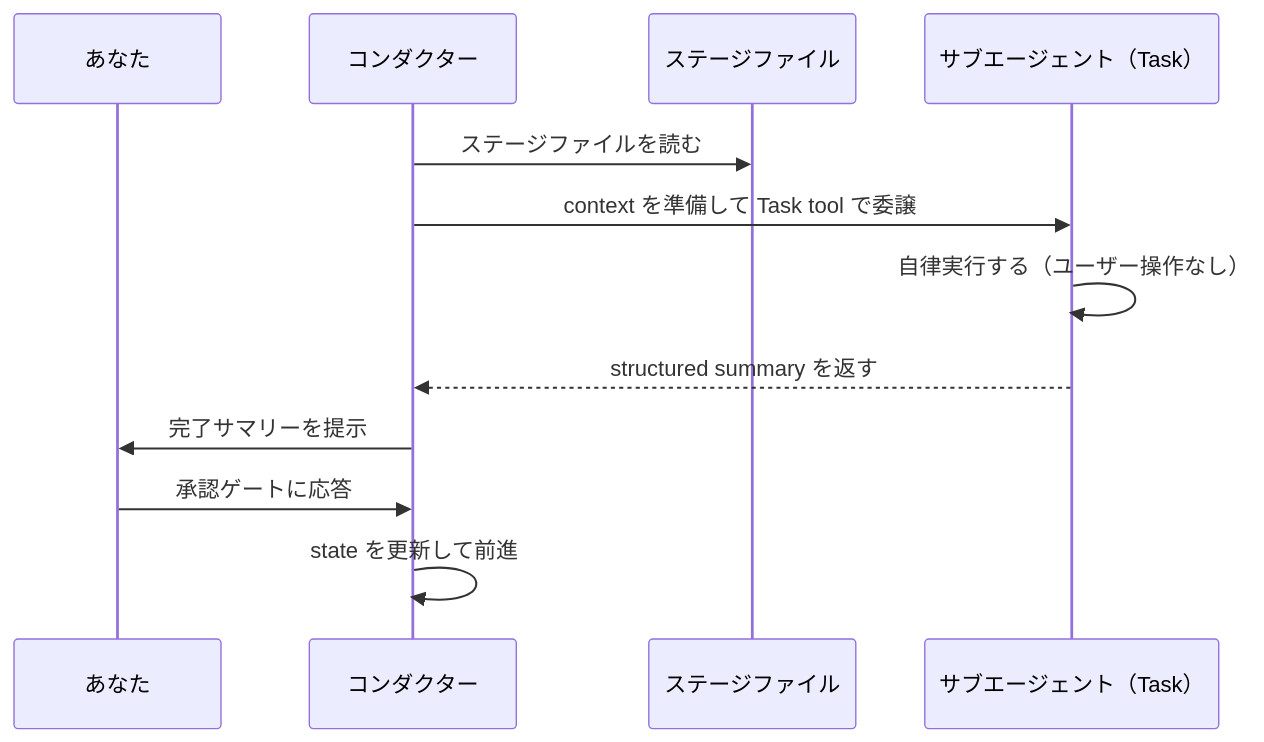
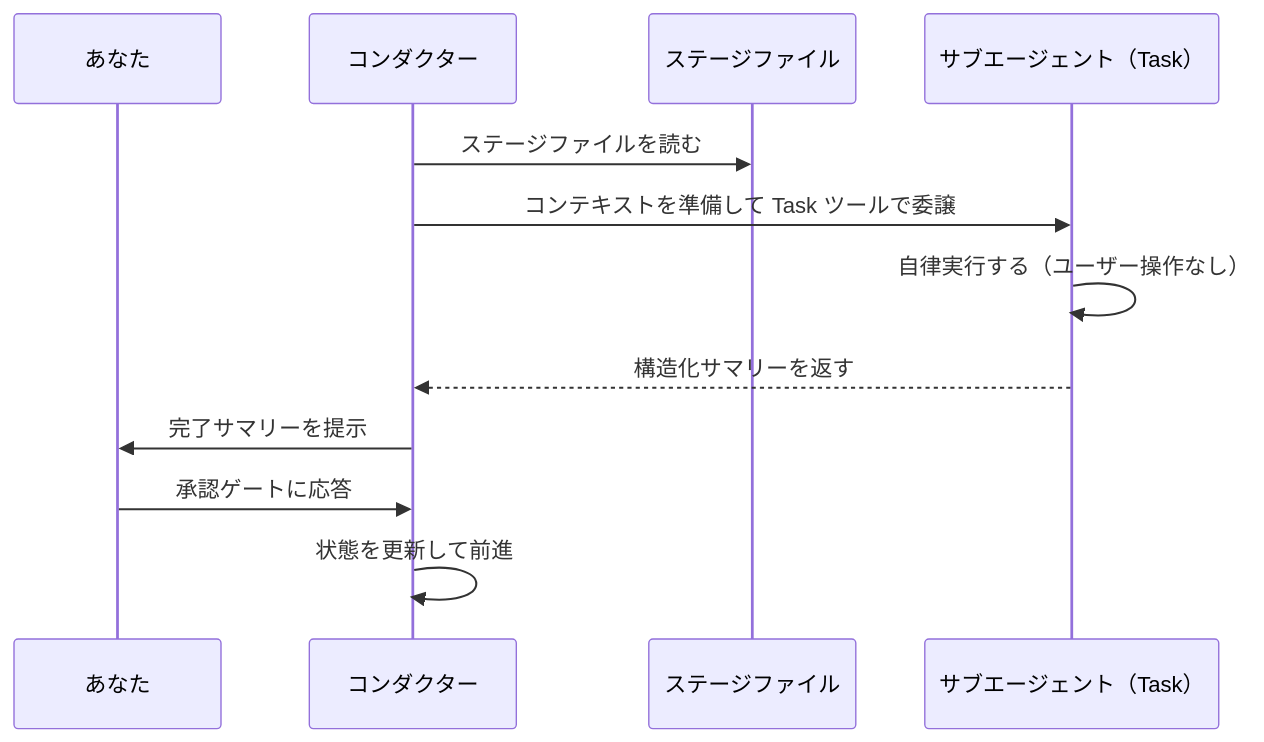
The second of 2 diagrams in docs/guide/02-your-first-workflow.mdx (otomatty/aidlc-workflows-docs), drawn with Mermaid before and after one commit. The commit also changed other lines of this file and 61 other files, not shown here.

````diff
--- a/docs/guide/02-your-first-workflow.mdx
+++ b/docs/guide/02-your-first-workflow.mdx
@@ -232,15 +232,15 @@
 ```mermaid
 sequenceDiagram
     participant U as あなた
     participant O as コンダクター
     participant S as ステージファイル
     participant T as サブエージェント（Task）
 
     O->>S: ステージファイルを読む
-    O->>T: context を準備して Task tool で委譲
+    O->>T: コンテキストを準備して Task ツールで委譲
     T->>T: 自律実行する（ユーザー操作なし）
-    T-->>O: structured summary を返す
+    T-->>O: 構造化サマリーを返す
     O->>U: 完了サマリーを提示
     U->>O: 承認ゲートに応答
-    O->>O: state を更新して前進
+    O->>O: 状態を更新して前進
 ```
````
